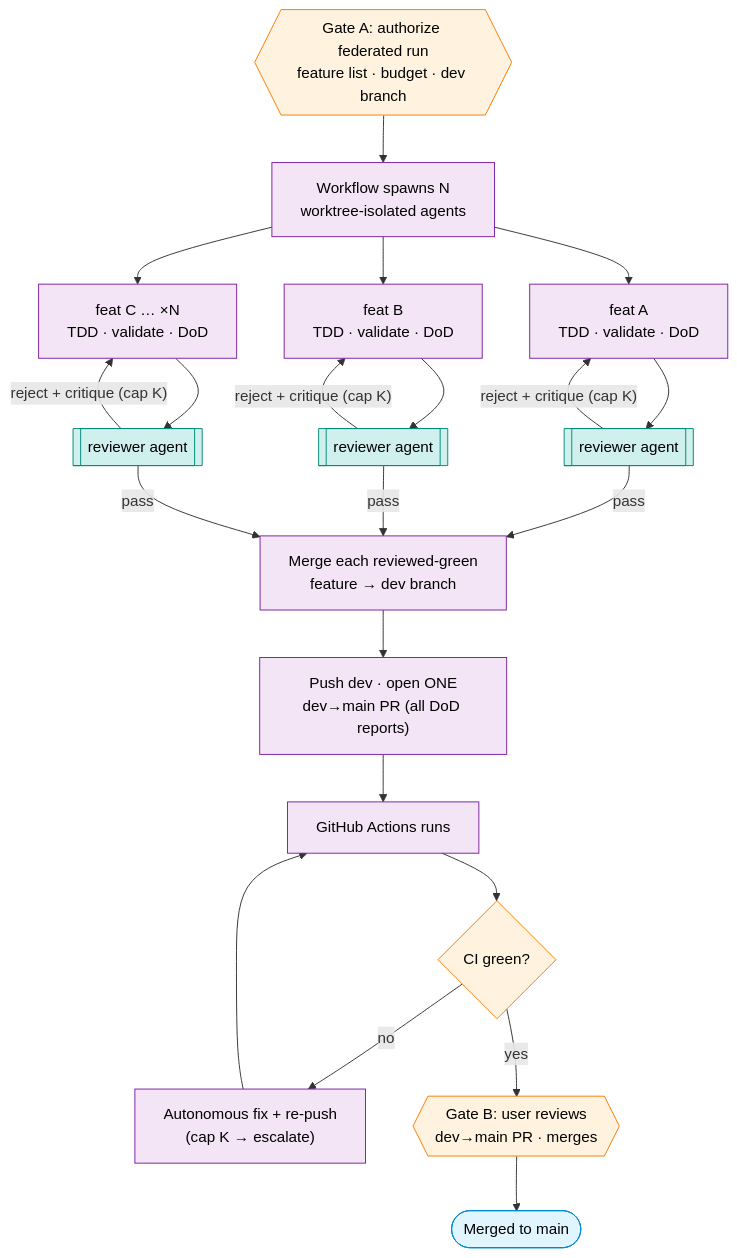
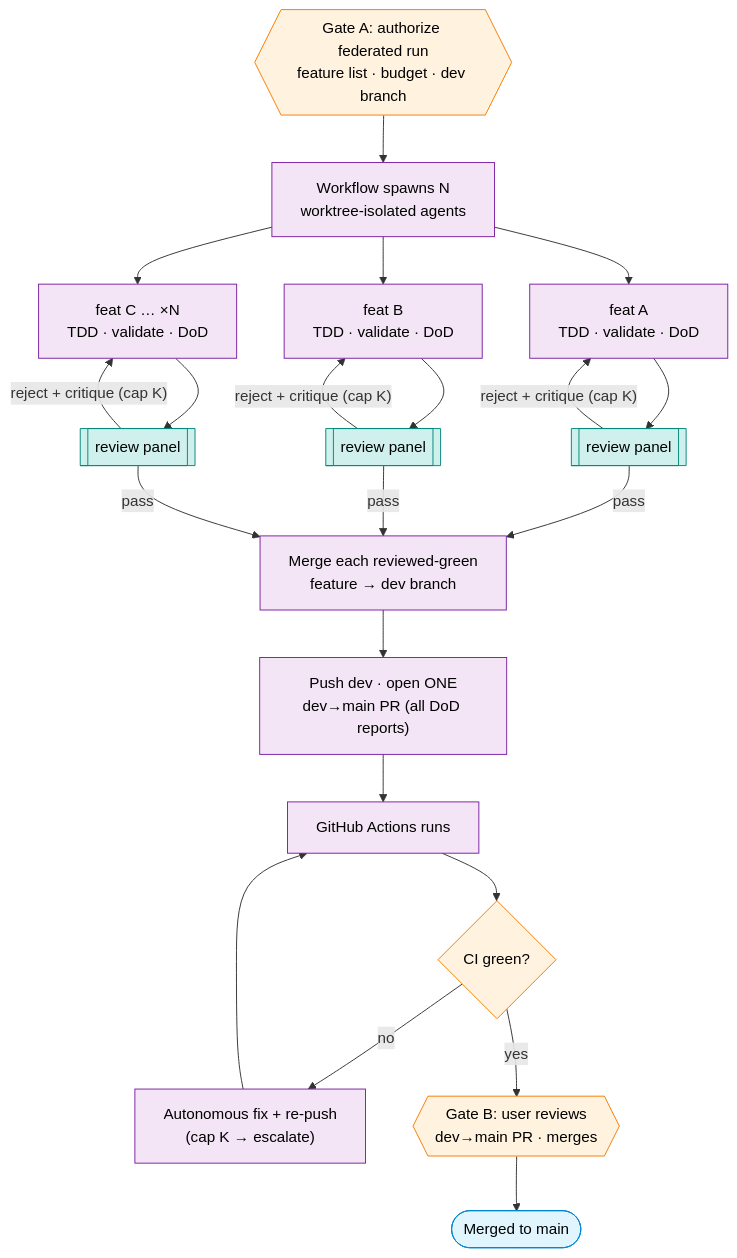
One commit to SpencerNorris/ClaudeDevLifecycle changed the fourth of 4 diagrams in docs/diagrams/branch-tier-autonomy.md. Above: the diagram before and after it, drawn with Mermaid. The commit also changed other lines of this file and 10 other files, not shown here.

First line of the commit message:
Docs: reconcile spec/ADR/diagrams + workflow meta to the review panel

````diff
--- a/docs/diagrams/branch-tier-autonomy.md
+++ b/docs/diagrams/branch-tier-autonomy.md
@@ -235,40 +235,40 @@
 ```mermaid
 flowchart TD
     GA{{"Gate A: authorize federated run<br/>feature list · budget · dev branch"}} --> SPAWN["Workflow spawns N<br/>worktree-isolated agents"]
 
     SPAWN --> FA["feat A<br/>TDD · validate · DoD"]
     SPAWN --> FB["feat B<br/>TDD · validate · DoD"]
     SPAWN --> FC["feat C … ×N<br/>TDD · validate · DoD"]
 
-    FA --> RA[["reviewer agent"]]
-    FB --> RB[["reviewer agent"]]
-    FC --> RC[["reviewer agent"]]
+    FA --> RA[["review panel"]]
+    FB --> RB[["review panel"]]
+    FC --> RC[["review panel"]]
 
     RA -->|"reject + critique (cap K)"| FA
     RB -->|"reject + critique (cap K)"| FB
     RC -->|"reject + critique (cap K)"| FC
 
     RA -->|pass| MG["Merge each reviewed-green<br/>feature → dev branch"]
     RB -->|pass| MG
     RC -->|pass| MG
 
     MG --> PUSH["Push dev · open ONE<br/>dev→main PR (all DoD reports)"]
     PUSH --> CI["GitHub Actions runs"]
     CI --> CG{"CI green?"}
     CG -->|no| FIX["Autonomous fix + re-push<br/>(cap K → escalate)"]
     FIX --> CI
     CG -->|yes| GB{{"Gate B: user reviews<br/>dev→main PR · merges"}}
     GB --> DONE(["Merged to main"])
 
     classDef gate fill:#fff3e0,stroke:#f57c00,color:#000
     classDef claudeAction fill:#f3e5f5,stroke:#7b1fa2,color:#000
     classDef agent fill:#d0f0ed,stroke:#00897b,color:#000
     classDef decision fill:#fff3e0,stroke:#f57c00,color:#000
     classDef terminal fill:#e1f5ff,stroke:#0288d1,color:#000
 
     class GA,GB gate
     class SPAWN,FA,FB,FC,MG,PUSH,CI,FIX claudeAction
     class RA,RB,RC agent
     class CG decision
     class DONE terminal
 ```
````
